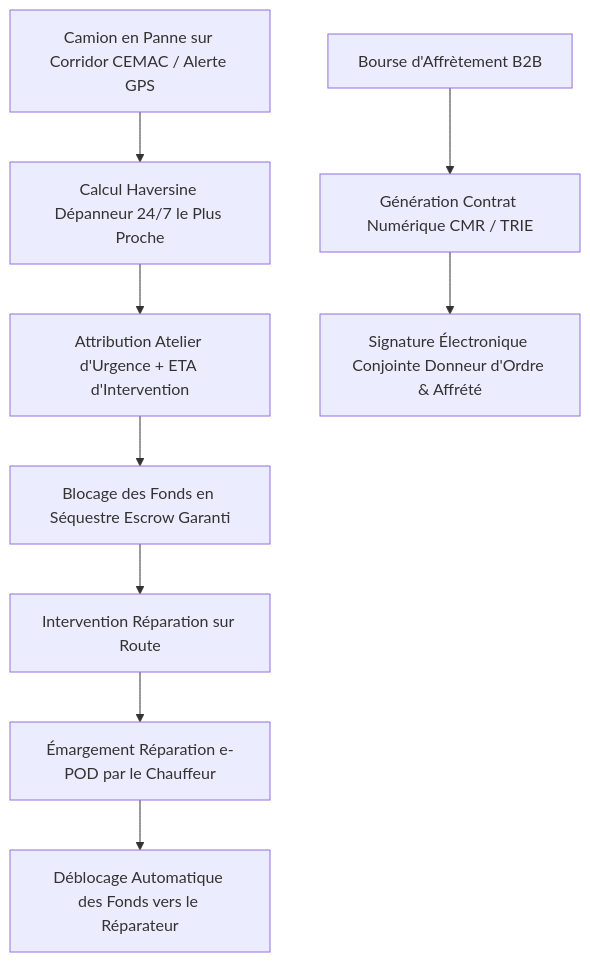
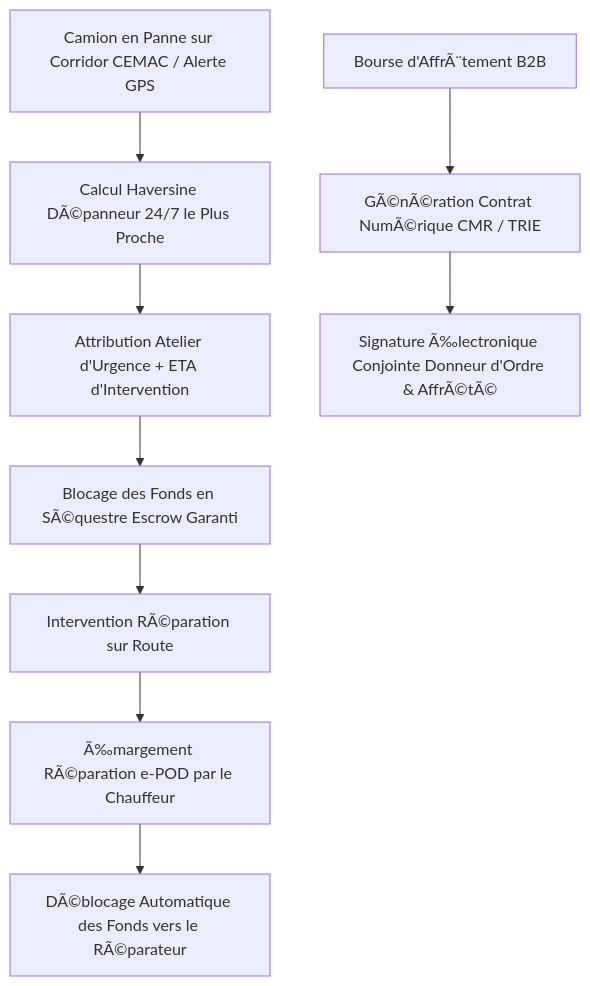
One commit to elevationchic-ux/evo-log-pro changed the diagram in RAPORT_EXPERTISE_ANNUAIRE_PRESTATAIRES.md. Above: the diagram before and after it, drawn with Mermaid. The commit also changed other lines of this file and 27 other files, not shown here.

````diff
--- a/RAPORT_EXPERTISE_ANNUAIRE_PRESTATAIRES.md
+++ b/RAPORT_EXPERTISE_ANNUAIRE_PRESTATAIRES.md
@@ -47,11 +47,11 @@
 ```mermaid
 graph TD
-    A[Camion en Panne sur Corridor CEMAC / Alerte GPS] --> B[Calcul Haversine Dépanneur 24/7 le Plus Proche]
+    A[Camion en Panne sur Corridor CEMAC / Alerte GPS] --> B[Calcul Haversine DÃ©panneur 24/7 le Plus Proche]
     B --> C[Attribution Atelier d'Urgence + ETA d'Intervention]
-    C --> D[Blocage des Fonds en Séquestre Escrow Garanti]
-    D --> E[Intervention Réparation sur Route]
-    E --> F[Émargement Réparation e-POD par le Chauffeur]
-    F --> G[Déblocage Automatique des Fonds vers le Réparateur]
-    H[Bourse d'Affrètement B2B] --> I[Génération Contrat Numérique CMR / TRIE]
-    I --> J[Signature Électronique Conjointe Donneur d'Ordre & Affrété]
+    C --> D[Blocage des Fonds en SÃ©questre Escrow Garanti]
+    D --> E[Intervention RÃ©paration sur Route]
+    E --> F[Ã‰margement RÃ©paration e-POD par le Chauffeur]
+    F --> G[DÃ©blocage Automatique des Fonds vers le RÃ©parateur]
+    H[Bourse d'AffrÃ¨tement B2B] --> I[GÃ©nÃ©ration Contrat NumÃ©rique CMR / TRIE]
+    I --> J[Signature Ã‰lectronique Conjointe Donneur d'Ordre & AffrÃ©tÃ©]
 ```
````
